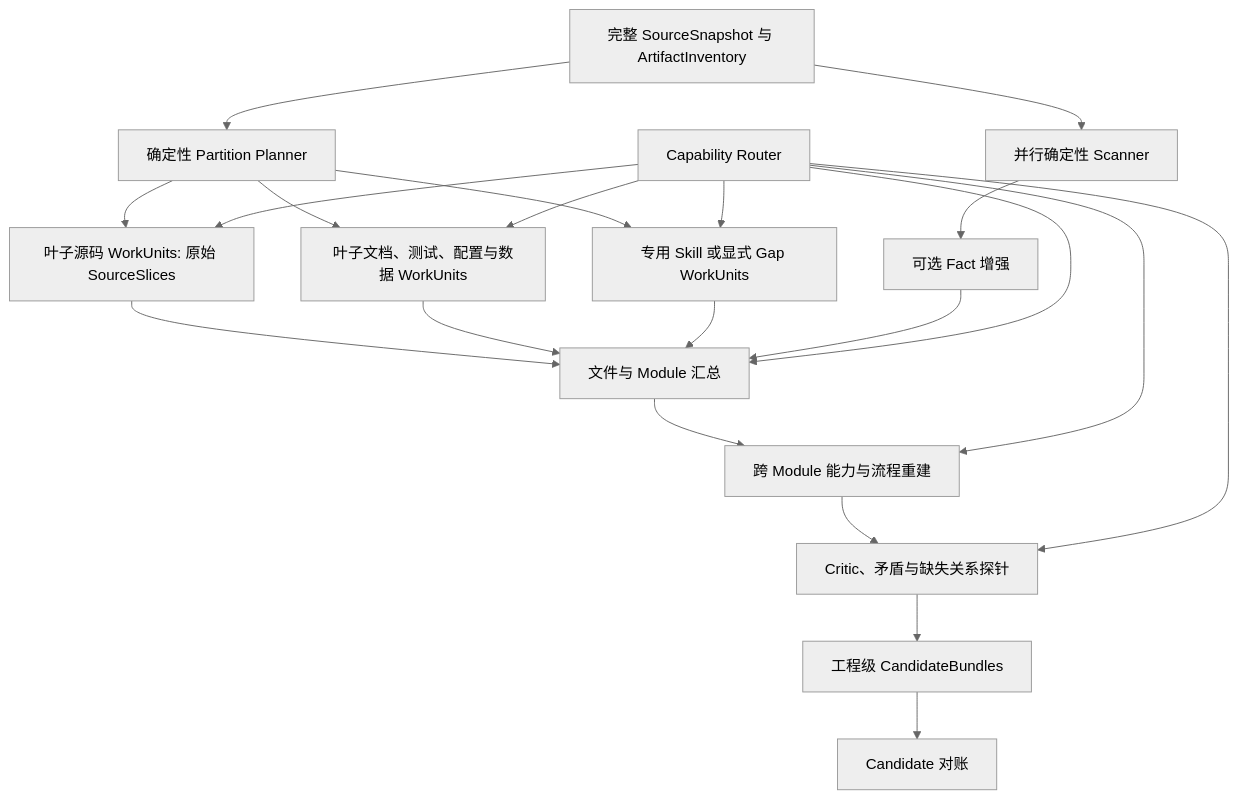
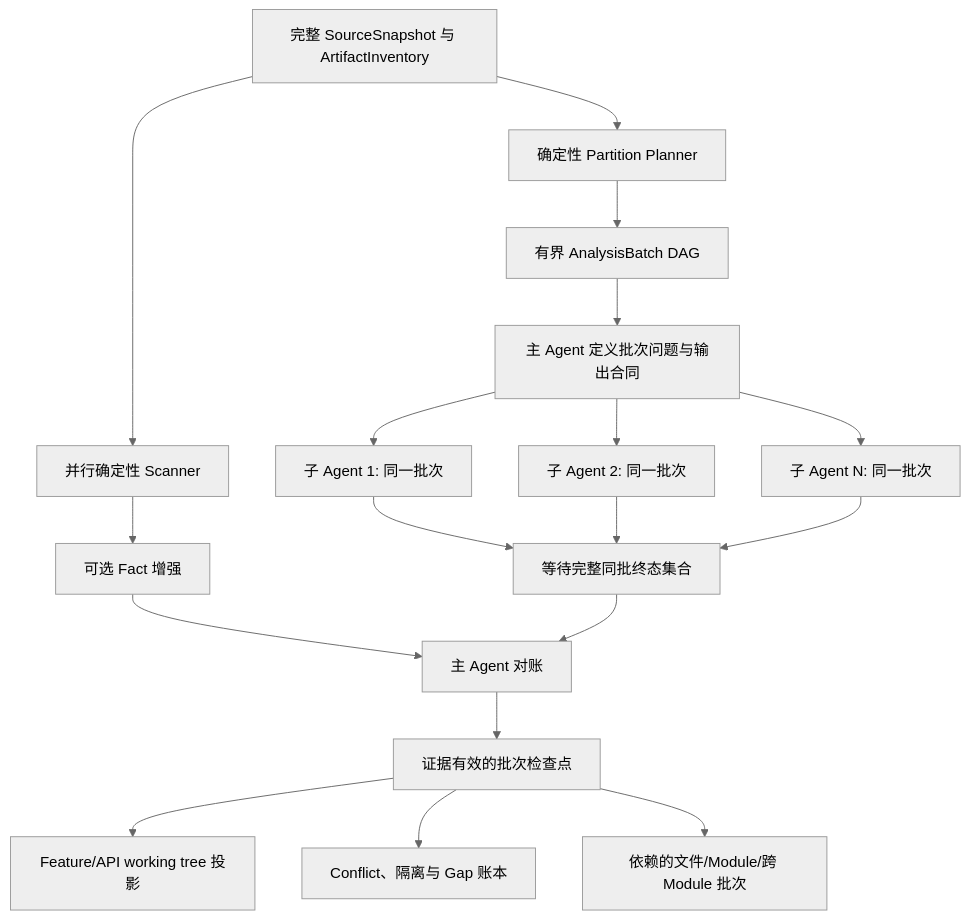
Before and after one commit to qianfengXY/Traqen: the first of 2 diagrams in docs/features/workspace-scan-and-analysis-lifecycle.zh-CN.md, drawn with Mermaid (neutral theme). The commit also changed other lines of this file and 112 other files, not shown here.

````diff
--- a/docs/features/workspace-scan-and-analysis-lifecycle.zh-CN.md
+++ b/docs/features/workspace-scan-and-analysis-lifecycle.zh-CN.md
@@ -202,26 +199,20 @@
 ```mermaid
 flowchart TB
     A[完整 SourceSnapshot 与 ArtifactInventory] --> B[确定性 Partition Planner]
-    B --> C1[叶子源码 WorkUnits: 原始 SourceSlices]
-    B --> C2[叶子文档、测试、配置与数据 WorkUnits]
-    B --> C3[专用 Skill 或显式 Gap WorkUnits]
-
+    B --> C[有界 AnalysisBatch DAG]
     A --> D[并行确定性 Scanner]
     D --> E[可选 Fact 增强]
-
-    C1 --> F[文件与 Module 汇总]
-    C2 --> F
-    C3 --> F
-    E --> F
-    F --> G[跨 Module 能力与流程重建]
-    G --> H[Critic、矛盾与缺失关系探针]
-    H --> I[工程级 CandidateBundles]
-    I --> J[Candidate 对账]
-
-    K[Capability Router] --> C1
-    K --> C2
-    K --> C3
-    K --> F
-    K --> G
-    K --> H
+    C --> F[主 Agent 定义批次问题与输出合同]
+    F --> G1[子 Agent 1: 同一批次]
+    F --> G2[子 Agent 2: 同一批次]
+    F --> GN[子 Agent N: 同一批次]
+    G1 --> H[等待完整同批终态集合]
+    G2 --> H
+    GN --> H
+    E --> I[主 Agent 对账]
+    H --> I
+    I --> J[证据有效的批次检查点]
+    J --> K[Feature/API working tree 投影]
+    J --> L[Conflict、隔离与 Gap 账本]
+    J --> M[依赖的文件/Module/跨 Module 批次]
 ```
````
